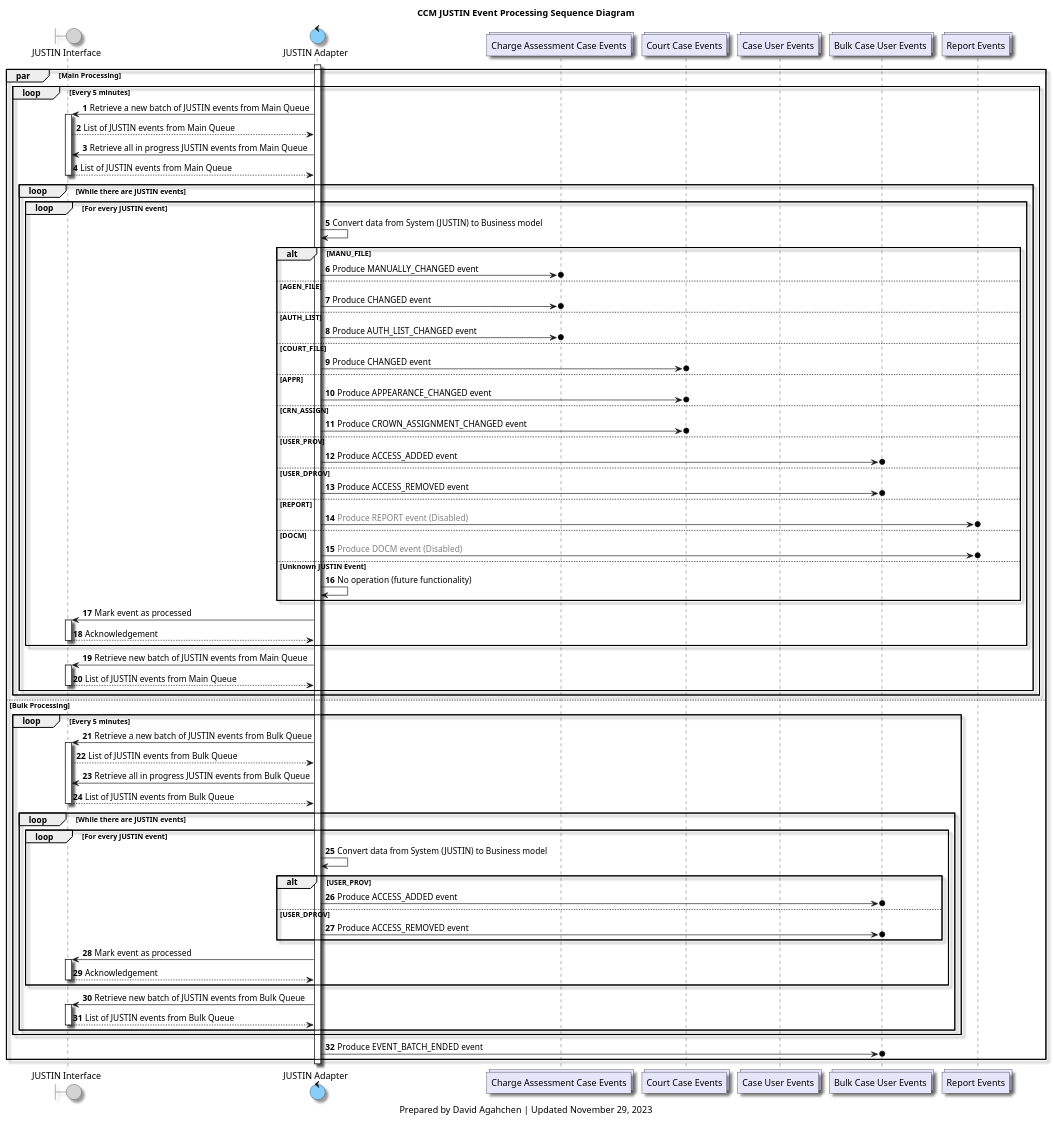
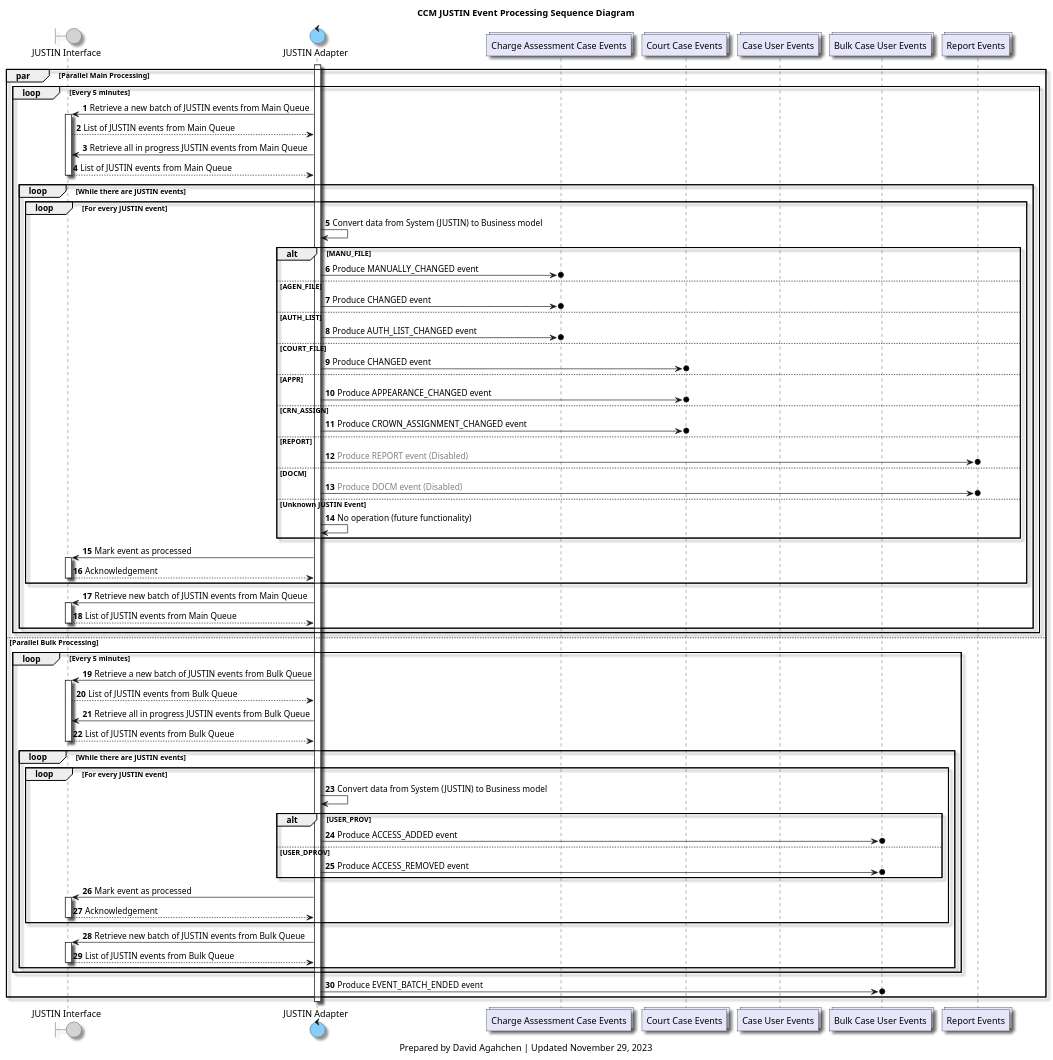
One commit to bcgov/jpss-jade-ccm changed the diagram in diagrams/ccm_justin_event_processing_sequence_diagram.plantuml. Above: the diagram before and after it, drawn with PlantUML. The commit also changed 2 other files, not shown here.

Commit message:
Simplify Justin Adapter main thread logic

```diff
--- a/diagrams/ccm_justin_event_processing_sequence_diagram.plantuml
+++ b/diagrams/ccm_justin_event_processing_sequence_diagram.plantuml
@@ -1,118 +1,114 @@
 @startuml
 'hide footbox
 
 skinparam Shadowing true
 skinparam CollectionsBackgroundColor Lavender
 skinparam ControlBackgroundColor LightSkyBlue
 skinparam BoundaryBackgroundColor LightGrey
 
 /' 
 Available colours
 https://plantuml-documentation.readthedocs.io/en/latest/formatting/color-names.html
 '/
 
 boundary j_interface as "JUSTIN Interface"
 control j_adapter as "JUSTIN Adapter"
 collections charge_assessment_cases_topic as "Charge Assessment Case Events"
 collections court_cases_topic as "Court Case Events"
 collections case_users_topic as "Case User Events"
 collections bulk_case_users_topic as "Bulk Case User Events"
 collections reports_topic as "Report Events"
 
 title
 CCM JUSTIN Event Processing Sequence Diagram
 end title
 
 autonumber
 
 activate j_adapter
 
-par Main Processing
+par Parallel Main Processing
 
     loop Every 5 minutes
         j_adapter-> j_interface: Retrieve a new batch of JUSTIN events from Main Queue
         activate j_interface
         j_interface --> j_adapter: List of JUSTIN events from Main Queue
         j_adapter-> j_interface: Retrieve all in progress JUSTIN events from Main Queue
         j_interface --> j_adapter: List of JUSTIN events from Main Queue
         deactivate j_interface
 
         loop While there are JUSTIN events
             loop For every JUSTIN event
                 j_adapter -> j_adapter: Convert data from System (JUSTIN) to Business model
                 alt MANU_FILE
                     j_adapter ->o charge_assessment_cases_topic: Produce MANUALLY_CHANGED event
                 else AGEN_FILE
                     j_adapter ->o charge_assessment_cases_topic: Produce CHANGED event
                 else AUTH_LIST
                     j_adapter ->o charge_assessment_cases_topic: Produce AUTH_LIST_CHANGED event
                 else COURT_FILE
                     j_adapter ->o court_cases_topic: Produce CHANGED event
                 else APPR
                     j_adapter ->o court_cases_topic: Produce APPEARANCE_CHANGED event
                 else CRN_ASSIGN
                     j_adapter ->o court_cases_topic: Produce CROWN_ASSIGNMENT_CHANGED event
-                else USER_PROV
-                    j_adapter ->o bulk_case_users_topic: Produce ACCESS_ADDED event
-                else USER_DPROV
-                    j_adapter ->o bulk_case_users_topic: Produce ACCESS_REMOVED event
                 else REPORT
                     j_adapter ->o reports_topic: <font color=grey>Produce REPORT event (Disabled)</font>
                 else DOCM
                     j_adapter ->o reports_topic: <font color=grey>Produce DOCM event (Disabled)</font>
                 else Unknown JUSTIN Event
                     j_adapter -> j_adapter: No operation (future functionality)
                 end
                 j_adapter -> j_interface: Mark event as processed
                 activate j_interface
                 j_interface --> j_adapter: Acknowledgement
                 deactivate j_interface
             end
 
             j_adapter-> j_interface: Retrieve new batch of JUSTIN events from Main Queue
             activate j_interface
             j_interface --> j_adapter: List of JUSTIN events from Main Queue
             deactivate j_interface
         end
     end
 
-else Bulk Processing
+else Parallel Bulk Processing
 
     loop Every 5 minutes
         j_adapter-> j_interface: Retrieve a new batch of JUSTIN events from Bulk Queue
         activate j_interface
         j_interface --> j_adapter: List of JUSTIN events from Bulk Queue
         j_adapter-> j_interface: Retrieve all in progress JUSTIN events from Bulk Queue
         j_interface --> j_adapter: List of JUSTIN events from Bulk Queue
         deactivate j_interface
 
         loop While there are JUSTIN events
             loop For every JUSTIN event
                 j_adapter -> j_adapter: Convert data from System (JUSTIN) to Business model
                 alt USER_PROV
                     j_adapter ->o bulk_case_users_topic: Produce ACCESS_ADDED event
                 else USER_DPROV
                     j_adapter ->o bulk_case_users_topic: Produce ACCESS_REMOVED event
                 end
                 j_adapter -> j_interface: Mark event as processed
                 activate j_interface
                 j_interface --> j_adapter: Acknowledgement
                 deactivate j_interface
             end
 
             j_adapter-> j_interface: Retrieve new batch of JUSTIN events from Bulk Queue
             activate j_interface
             j_interface --> j_adapter: List of JUSTIN events from Bulk Queue
             deactivate j_interface
         end
     end
 
     j_adapter ->o bulk_case_users_topic : Produce EVENT_BATCH_ENDED event
 
 end
 deactivate j_adapter
 
 caption
 Prepared by David Agahchen | Updated November 29, 2023
 end caption
 @enduml
```
